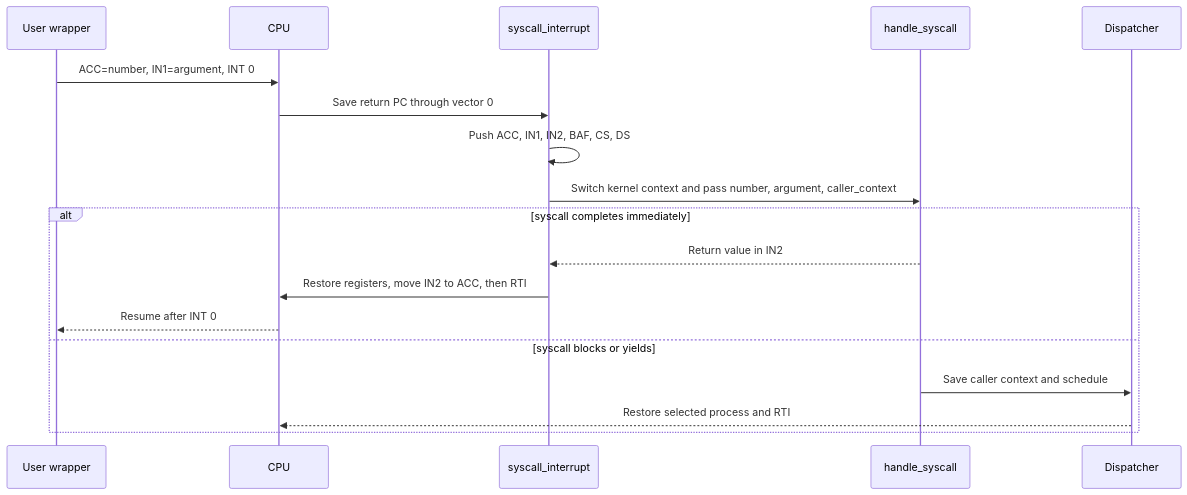
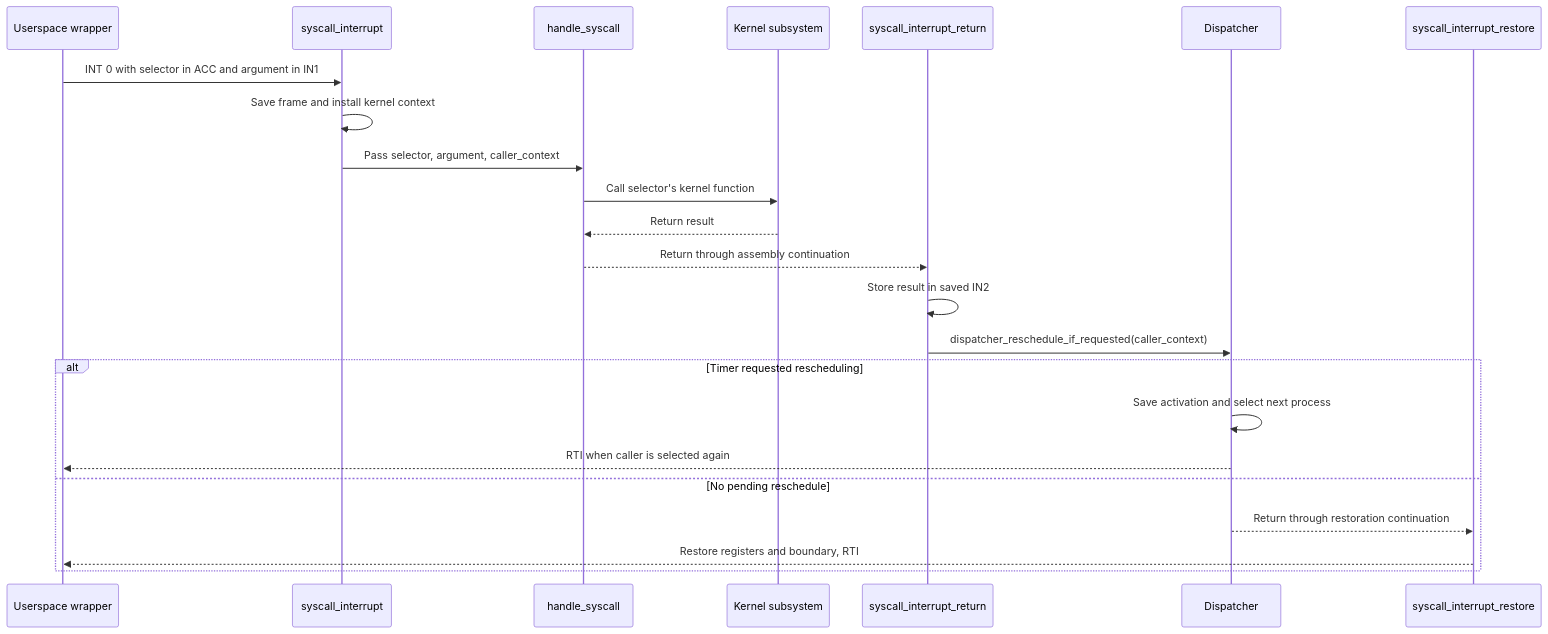
Before and after one commit to matthejue/Pico-OS_Presentation: the eighth of 30 diagrams in .source/Pico-OS-README.md, drawn with Mermaid. The commit also changed other lines of this file and 10 other files, not shown here.

Commit message:
updated the PicoOS presentation to follow the refreshed README structure and content Added visual zoom support, Mermaid rendering, presentation validation, and source review documentation Refreshed presentation styling, metadata, source snapshots, and contributor instructions

````diff
--- a/.source/Pico-OS-README.md
+++ b/.source/Pico-OS-README.md
@@ -1283,21 +1348,26 @@
 ```mermaid
 sequenceDiagram
-    participant U as User wrapper
-    participant CPU
-    participant Hub as syscall_interrupt
+    participant U as Userspace wrapper
+    participant I as syscall_interrupt
     participant K as handle_syscall
+    participant S as Kernel subsystem
+    participant R as syscall_interrupt_return
     participant D as Dispatcher
+    participant X as syscall_interrupt_restore
 
-    U->>CPU: ACC=number, IN1=argument, INT 0
-    CPU->>Hub: Save return PC through vector 0
-    Hub->>Hub: Push ACC, IN1, IN2, BAF, CS, DS
-    Hub->>K: Switch kernel context and pass number, argument, caller_context
-    alt syscall completes immediately
-        K-->>Hub: Return value in IN2
-        Hub->>CPU: Restore registers, move IN2 to ACC, then RTI
-        CPU-->>U: Resume after INT 0
-    else syscall blocks or yields
-        K->>D: Save caller context and schedule
-        D-->>CPU: Restore selected process and RTI
+    U->>I: INT 0 with selector in ACC and argument in IN1
+    I->>I: Save frame and install kernel context
+    I->>K: Pass selector, argument, caller_context
+    K->>S: Call selector's kernel function
+    S-->>K: Return result
+    K-->>R: Return through assembly continuation
+    R->>R: Store result in saved IN2
+    R->>D: dispatcher_reschedule_if_requested(caller_context)
+    alt Timer requested rescheduling
+        D->>D: Save activation and select next process
+        D-->>U: RTI when caller is selected again
+    else No pending reschedule
+        D-->>X: Return through restoration continuation
+        X-->>U: Restore registers and boundary, RTI
     end
 ```
````
